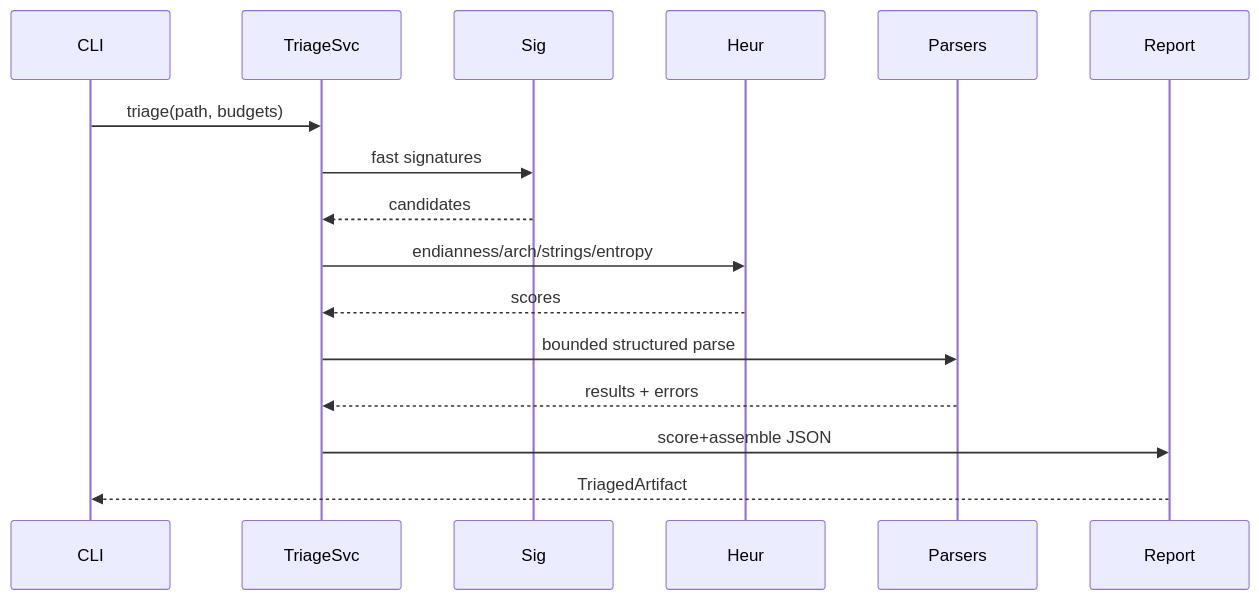
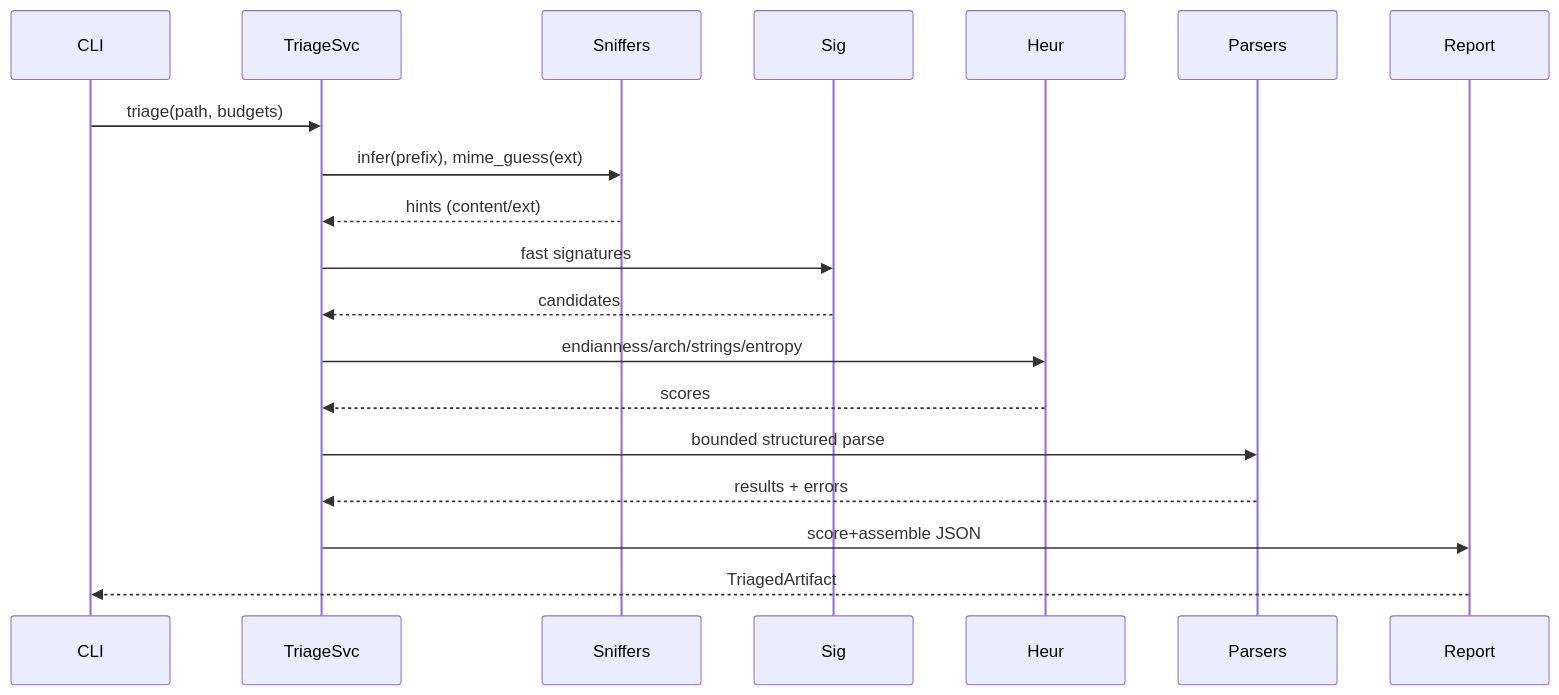
The second of 3 diagrams in docs/triage/README.md (mjbommar/glaurung), drawn with Mermaid before and after one commit. The commit also changed other lines of this file and 157 other files, not shown here.

````diff
--- a/docs/triage/README.md
+++ b/docs/triage/README.md
@@ -115,18 +120,21 @@
 ```mermaid
 sequenceDiagram
   participant CLI
   participant TriageSvc
+  participant Sniffers
   participant Sig
   participant Heur
   participant Parsers
   participant Report
   CLI->>TriageSvc: triage(path, budgets)
+  TriageSvc->>Sniffers: infer(prefix), mime_guess(ext)
+  Sniffers-->>TriageSvc: hints (content/ext)
   TriageSvc->>Sig: fast signatures
   Sig-->>TriageSvc: candidates
   TriageSvc->>Heur: endianness/arch/strings/entropy
   Heur-->>TriageSvc: scores
   TriageSvc->>Parsers: bounded structured parse
   Parsers-->>TriageSvc: results + errors
   TriageSvc->>Report: score+assemble JSON
   Report-->>CLI: TriagedArtifact
 ```
````
